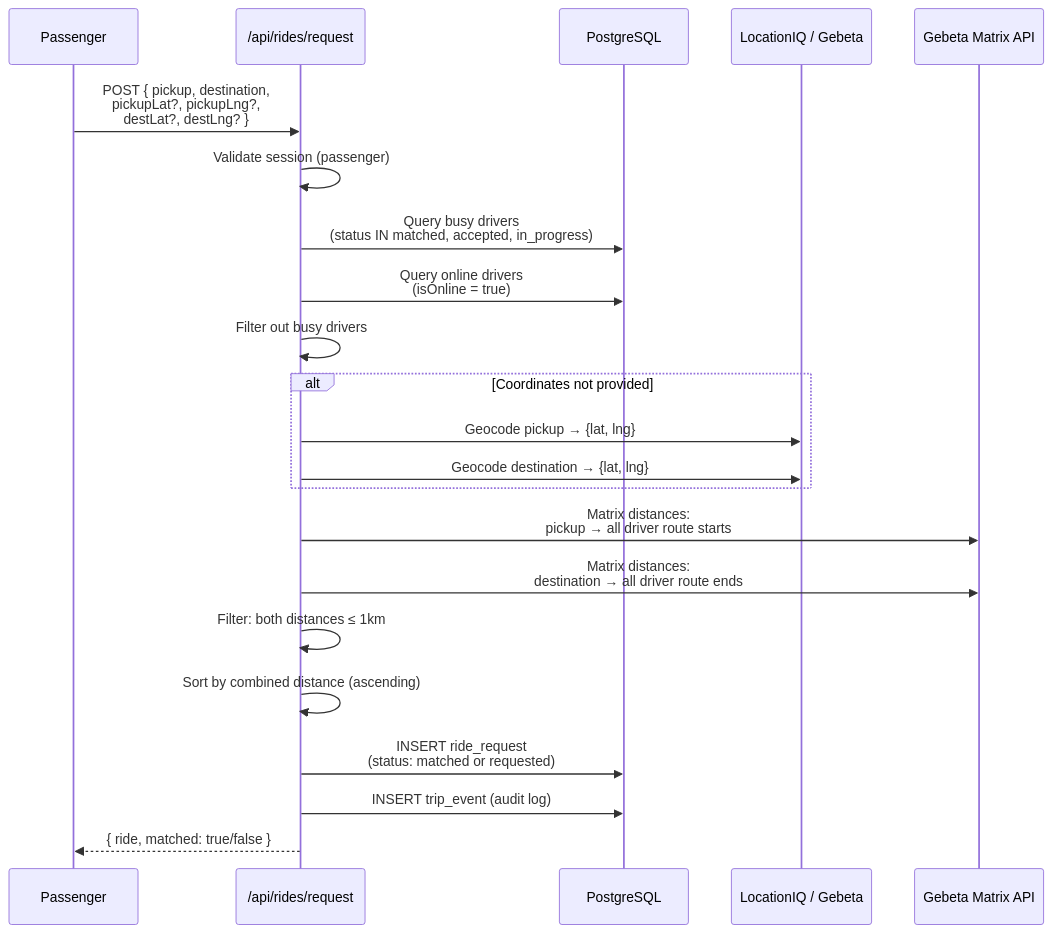
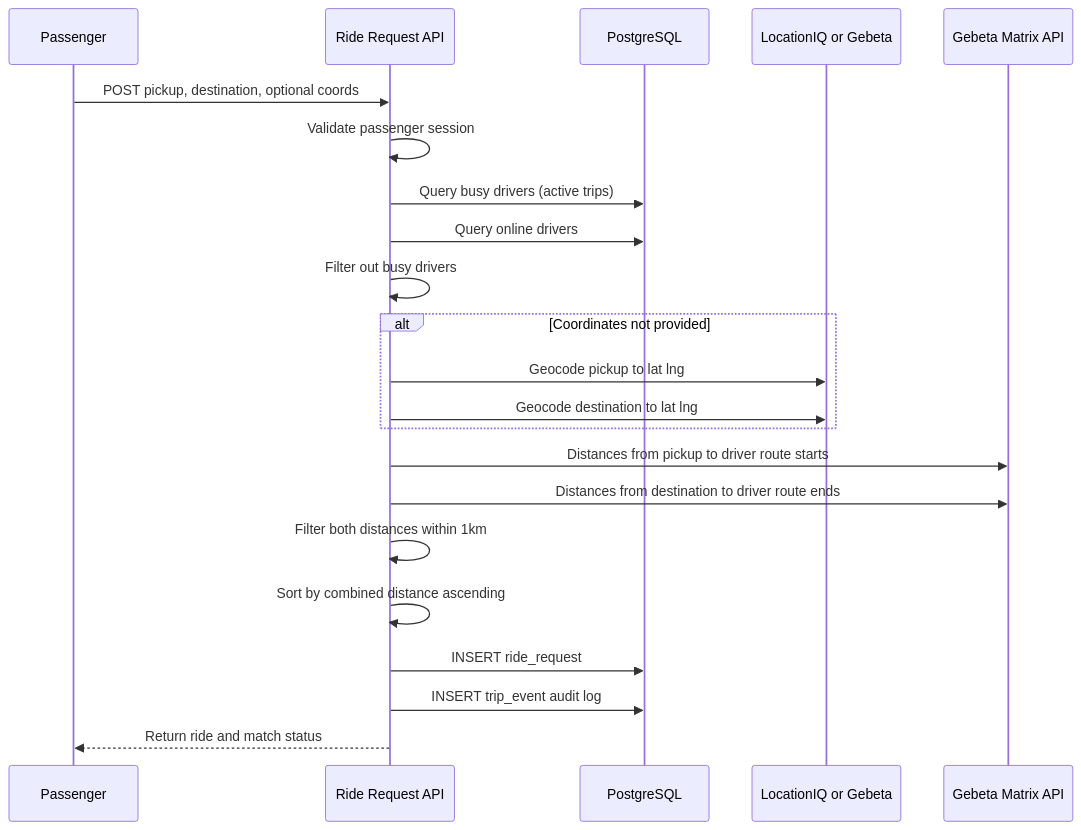
The tenth of 23 diagrams in documentation.md (Amanuel-Ayal3w/ECRP), drawn with Mermaid before and after one commit. The commit also changed other lines of this file, not shown here.

First line of the commit message:
Fix Mermaid GitHub rendering and add detailed explanations

````diff
--- a/documentation.md
+++ b/documentation.md
@@ -736,30 +752,30 @@
 ```mermaid
 sequenceDiagram
     participant P as Passenger
-    participant API as /api/rides/request
+    participant API as Ride Request API
     participant DB as PostgreSQL
-    participant GEO as LocationIQ / Gebeta
+    participant GEO as LocationIQ or Gebeta
     participant MATRIX as Gebeta Matrix API
 
-    P->>API: POST { pickup, destination,<br/>pickupLat?, pickupLng?,<br/>destLat?, destLng? }
-    API->>API: Validate session (passenger)
+    P->>API: POST pickup, destination, optional coords
+    API->>API: Validate passenger session
 
-    API->>DB: Query busy drivers<br/>(status IN matched, accepted, in_progress)
-    API->>DB: Query online drivers<br/>(isOnline = true)
+    API->>DB: Query busy drivers (active trips)
+    API->>DB: Query online drivers
     API->>API: Filter out busy drivers
 
     alt Coordinates not provided
-        API->>GEO: Geocode pickup → {lat, lng}
-        API->>GEO: Geocode destination → {lat, lng}
+        API->>GEO: Geocode pickup to lat lng
+        API->>GEO: Geocode destination to lat lng
     end
 
-    API->>MATRIX: Matrix distances:<br/>pickup → all driver route starts
-    API->>MATRIX: Matrix distances:<br/>destination → all driver route ends
+    API->>MATRIX: Distances from pickup to driver route starts
+    API->>MATRIX: Distances from destination to driver route ends
 
-    API->>API: Filter: both distances ≤ 1km
-    API->>API: Sort by combined distance (ascending)
+    API->>API: Filter both distances within 1km
+    API->>API: Sort by combined distance ascending
 
-    API->>DB: INSERT ride_request<br/>(status: matched or requested)
-    API->>DB: INSERT trip_event (audit log)
-    API-->>P: { ride, matched: true/false }
+    API->>DB: INSERT ride_request
+    API->>DB: INSERT trip_event audit log
+    API-->>P: Return ride and match status
 ```
````
